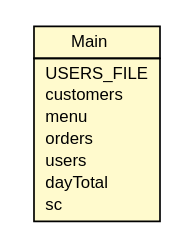
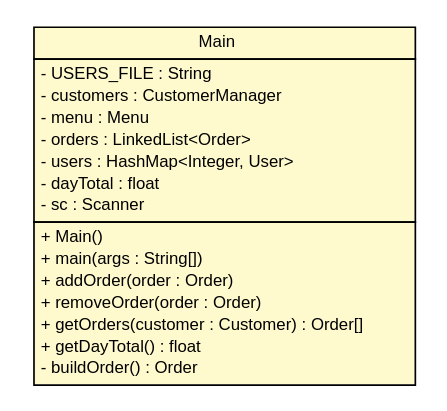
The diagram in docs/au/edu/griffith/ict/Main.dot (DDevine/CrapPOS), drawn with Graphviz before and after one commit. The commit also changed 50 other files, not shown here.

```diff
--- a/docs/au/edu/griffith/ict/Main.dot
+++ b/docs/au/edu/griffith/ict/Main.dot
@@ -1,27 +1,36 @@
 #!/usr/local/bin/dot
 #
 # Class diagram 
 # Generated by UMLGraph version 1.6 (http://www.umlgraph.org/)
 #
 
 digraph G {
 	edge [fontname="Helvetica",fontsize=10,labelfontname="Helvetica",labelfontsize=10];
 	node [fontname="Helvetica",fontsize=10,shape=plaintext];
 	nodesep=0.25;
 	ranksep=0.5;
 	// au.edu.griffith.ict.Main
-	c38 [label=<<table title="au.edu.griffith.ict.Main" border="0" cellborder="1" cellspacing="0" cellpadding="2" port="p" bgcolor="lemonChiffon" href="./Main.html">
+	c34 [label=<<table title="au.edu.griffith.ict.Main" border="0" cellborder="1" cellspacing="0" cellpadding="2" port="p" bgcolor="lemonChiffon" href="./Main.html">
 		<tr><td><table border="0" cellspacing="0" cellpadding="1">
 <tr><td align="center" balign="center"> Main </td></tr>
 		</table></td></tr>
 		<tr><td><table border="0" cellspacing="0" cellpadding="1">
-<tr><td align="left" balign="left">  USERS_FILE </td></tr>
-<tr><td align="left" balign="left">  customers </td></tr>
-<tr><td align="left" balign="left">  menu </td></tr>
-<tr><td align="left" balign="left">  orders </td></tr>
-<tr><td align="left" balign="left">  users </td></tr>
-<tr><td align="left" balign="left">  dayTotal </td></tr>
-<tr><td align="left" balign="left">  sc </td></tr>
+<tr><td align="left" balign="left"> - USERS_FILE : String </td></tr>
+<tr><td align="left" balign="left"> - customers : CustomerManager </td></tr>
+<tr><td align="left" balign="left"> - menu : Menu </td></tr>
+<tr><td align="left" balign="left"> - orders : LinkedList&lt;Order&gt; </td></tr>
+<tr><td align="left" balign="left"> - users : HashMap&lt;Integer, User&gt; </td></tr>
+<tr><td align="left" balign="left"> - dayTotal : float </td></tr>
+<tr><td align="left" balign="left"> - sc : Scanner </td></tr>
+		</table></td></tr>
+		<tr><td><table border="0" cellspacing="0" cellpadding="1">
+<tr><td align="left" balign="left"> + Main() </td></tr>
+<tr><td align="left" balign="left"> + main(args : String[]) </td></tr>
+<tr><td align="left" balign="left"> + addOrder(order : Order) </td></tr>
+<tr><td align="left" balign="left"> + removeOrder(order : Order) </td></tr>
+<tr><td align="left" balign="left"> + getOrders(customer : Customer) : Order[] </td></tr>
+<tr><td align="left" balign="left"> + getDayTotal() : float </td></tr>
+<tr><td align="left" balign="left"> - buildOrder() : Order </td></tr>
 		</table></td></tr>
 		</table>>, URL="./Main.html", fontname="Helvetica", fontcolor="black", fontsize=10.0];
 }
```
